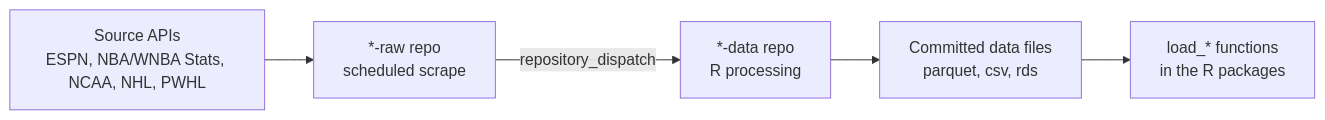
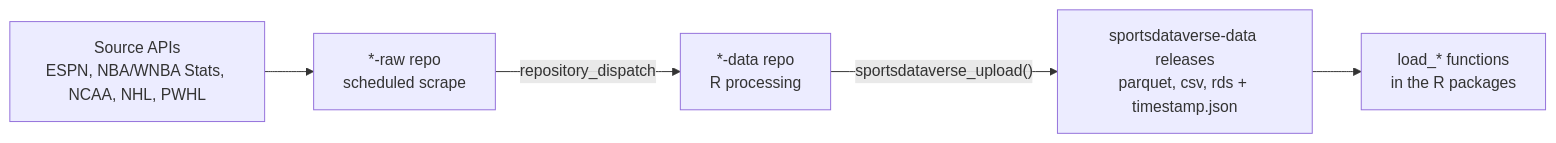
The diagram in README.Rmd (sportsdataverse/sportsdataverse-data), drawn with Mermaid before and after one commit. The commit also changed other lines of this file and 1 other file, not shown here.

First line of the commit message:
Add per-release timestamp badges to the status page

````diff
--- a/README.Rmd
+++ b/README.Rmd
@@ -143,12 +266,12 @@
 ```mermaid
 flowchart LR
   API["Source APIs<br/>ESPN, NBA/WNBA Stats, NCAA, NHL, PWHL"]
   RAW["*-raw repo<br/>scheduled scrape"]
   DATA["*-data repo<br/>R processing"]
-  FILES["Committed data files<br/>parquet, csv, rds"]
+  REL["sportsdataverse-data releases<br/>parquet, csv, rds + timestamp.json"]
   LOAD["load_* functions<br/>in the R packages"]
   API --> RAW
   RAW -->|"repository_dispatch"| DATA
-  DATA --> FILES
-  FILES --> LOAD
+  DATA -->|"sportsdataverse_upload()"| REL
+  REL --> LOAD
 ```
````
